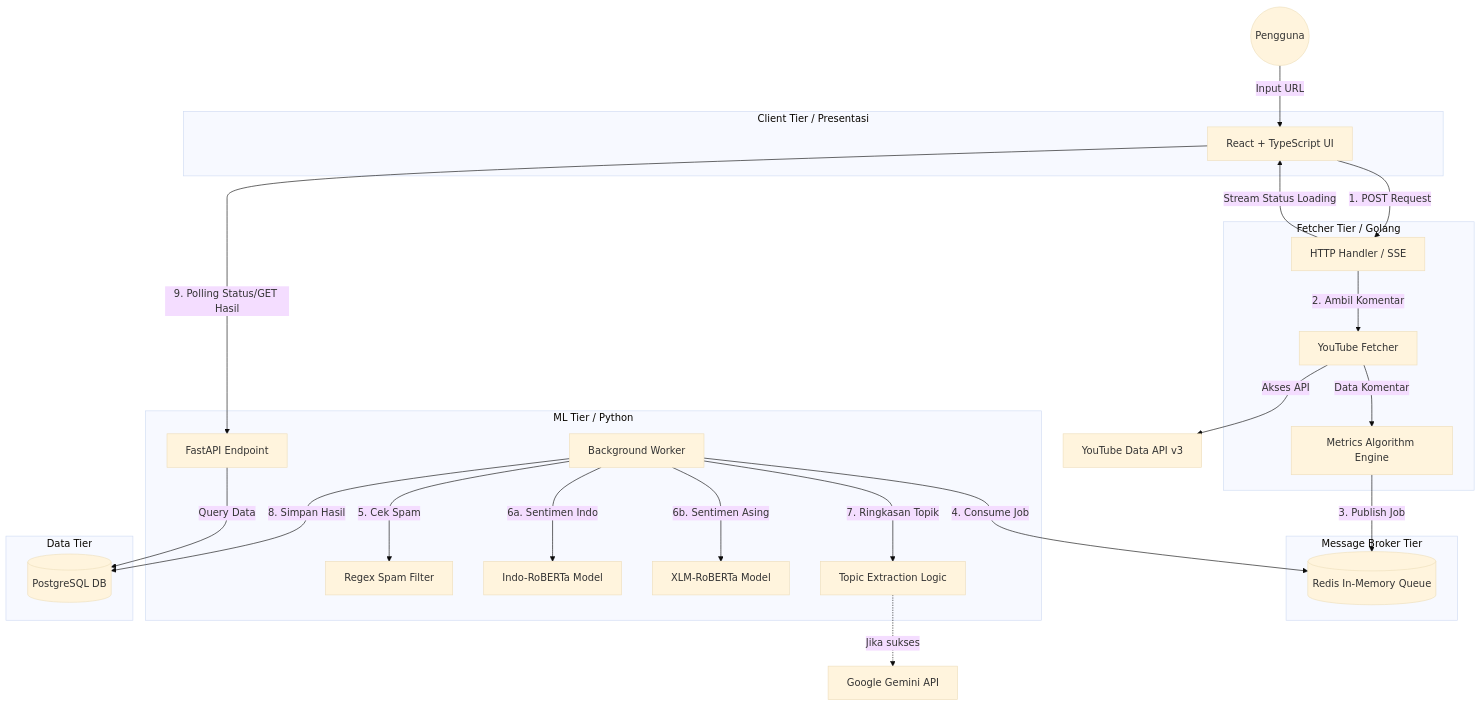
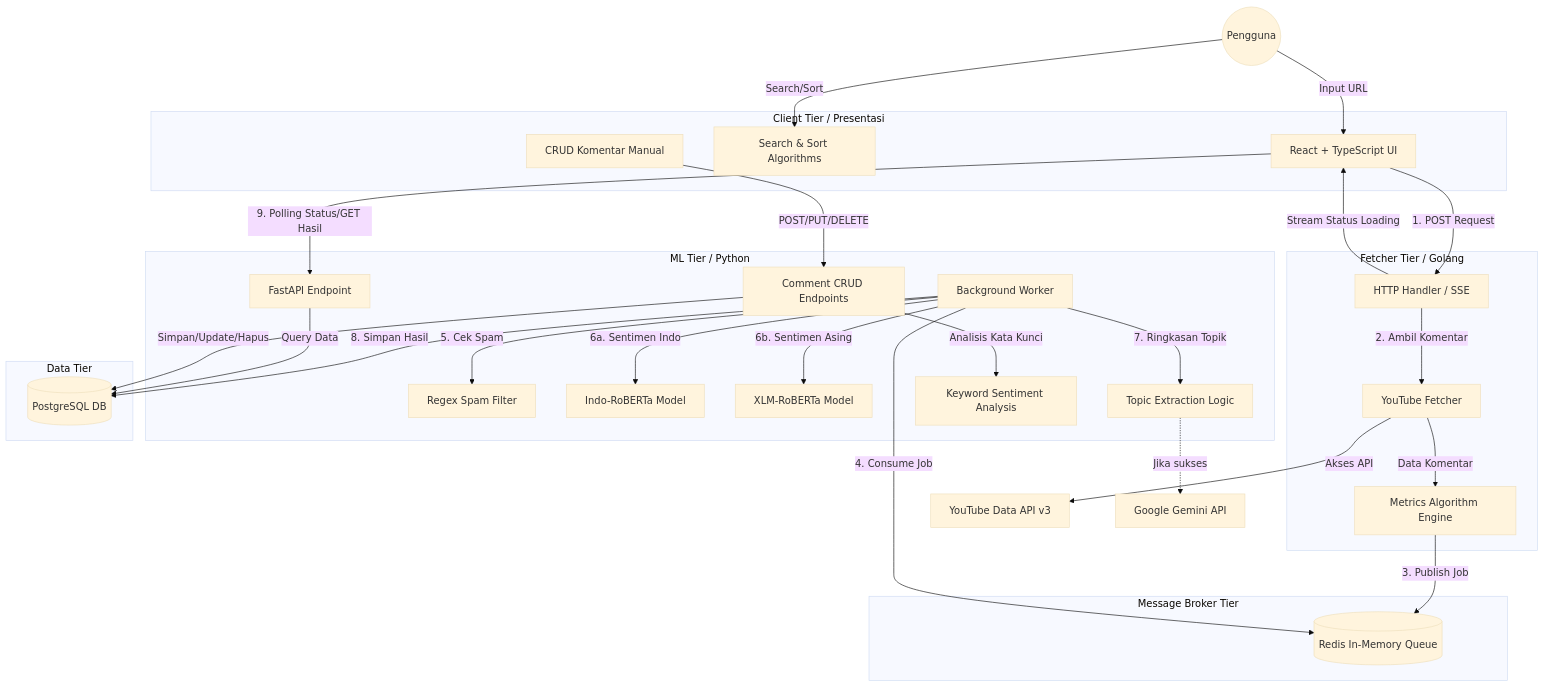
The diagram in SYSTEM_DESIGN_NEUROTUBE.md (DaffMe/NeuroTube), drawn with Mermaid (base theme) before and after one commit. The commit also changed other lines of this file and 14 other files, not shown here.

Commit message:
feat: complete Tugas Besar requirements (CRUD, keyword sentiment, search, sort) and update docs

````diff
--- a/SYSTEM_DESIGN_NEUROTUBE.md
+++ b/SYSTEM_DESIGN_NEUROTUBE.md
@@ -9,60 +11,72 @@
 ```mermaid
 flowchart TD
     %% Entitas Eksternal
     User((Pengguna))
     YT_API[YouTube Data API v3]
     Gemini_API[Google Gemini API]
 
     %% Frontend
-    subgraph Frontend [Client Tier / Presentasi]
+    subgraph Frontend ["Client Tier / Presentasi"]
         ReactUI[React + TypeScript UI]
+        Algorithms[Search & Sort Algorithms]
+        CRUD_UI[CRUD Komentar Manual]
     end
 
     %% Backend Golang (API & Fetcher)
-    subgraph GoBackend [Fetcher Tier / Golang]
+    subgraph GoBackend ["Fetcher Tier / Golang"]
         HTTP_Handler[HTTP Handler / SSE]
         YT_Fetcher[YouTube Fetcher]
         Metrics_Logic[Metrics Algorithm Engine]
     end
 
     %% Message Broker
-    subgraph Queue [Message Broker Tier]
-        Redis[(Redis In-Memory Queue)]
+    subgraph Queue ["Message Broker Tier"]
+        Redis[("Redis In-Memory Queue")]
     end
 
     %% Backend Python (AI & NLP)
-    subgraph PyBackend [ML Tier / Python]
+    subgraph PyBackend ["ML Tier / Python"]
         Py_API[FastAPI Endpoint]
         Worker[Background Worker]
         Spam_Filter[Regex Spam Filter]
         NLP_Indo[Indo-RoBERTa Model]
         NLP_Multi[XLM-RoBERTa Model]
         Topic_Model[Topic Extraction Logic]
+        Keyword_Sentiment[Keyword Sentiment Analysis]
+        Comment_CRUD[Comment CRUD Endpoints]
     end
 
     %% Database
-    subgraph DB [Data Tier]
-        PostgreSQL[(PostgreSQL DB)]
+    subgraph DB ["Data Tier"]
+        PostgreSQL[("PostgreSQL DB")]
     end
 
-    %% Alur Data
+    %% Alur Data - Analisis YouTube
     User -- "Input URL" --> ReactUI
     ReactUI -- "1. POST Request" --> HTTP_Handler
     HTTP_Handler -- "2. Ambil Komentar" --> YT_Fetcher
     YT_Fetcher -- "Akses API" --> YT_API
     YT_Fetcher -- "Data Komentar" --> Metrics_Logic
     Metrics_Logic -- "3. Publish Job" --> Redis
     
     Worker -- "4. Consume Job" --> Redis
     Worker -- "5. Cek Spam" --> Spam_Filter
     Worker -- "6a. Sentimen Indo" --> NLP_Indo
     Worker -- "6b. Sentimen Asing" --> NLP_Multi
     Worker -- "7. Ringkasan Topik" --> Topic_Model
     Topic_Model -. "Jika sukses" .-> Gemini_API
     
     Worker -- "8. Simpan Hasil" --> PostgreSQL
     
     ReactUI -- "9. Polling Status/GET Hasil" --> Py_API
     Py_API -- "Query Data" --> PostgreSQL
     HTTP_Handler -- "Stream Status Loading" --> ReactUI
+
+    %% Alur Data - Komentar Manual
+    CRUD_UI -- "POST/PUT/DELETE" --> Comment_CRUD
+    Comment_CRUD -- "Analisis Kata Kunci" --> Keyword_Sentiment
+    Comment_CRUD -- "Simpan/Update/Hapus" --> PostgreSQL
+
+    %% Alur Data - Search & Sort
+    User -- "Search/Sort" --> Algorithms
 ```
````
